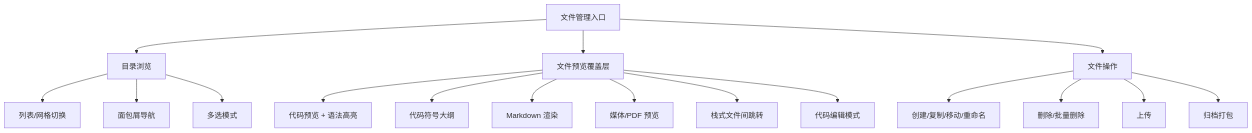
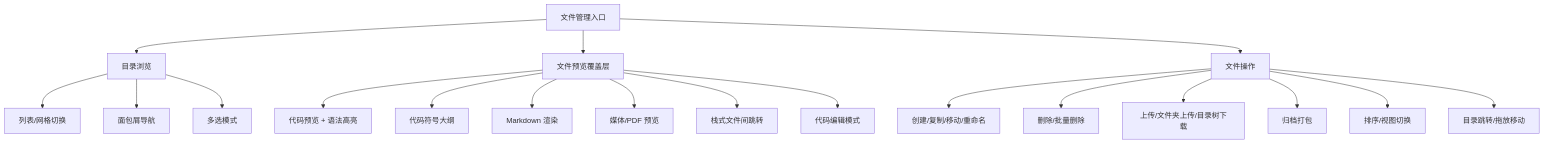
The first of 4 diagrams in docs/spec/features/file-management.md (0REZ/clawbench), drawn with Mermaid before and after one commit. The commit also changed other lines of this file and 128 other files, not shown here.

````diff
--- a/docs/spec/features/file-management.md
+++ b/docs/spec/features/file-management.md
@@ -9,22 +9,24 @@
 ```mermaid
 flowchart TD
     A[文件管理入口] --> B[目录浏览]
     A --> C[文件预览覆盖层]
     A --> D[文件操作]
 
     B --> B1[列表/网格切换]
     B --> B2[面包屑导航]
     B --> B3[多选模式]
 
     C --> C1[代码预览 + 语法高亮]
     C --> C2[代码符号大纲]
     C --> C3[Markdown 渲染]
     C --> C4[媒体/PDF 预览]
     C --> C5[栈式文件间跳转]
     C --> C6[代码编辑模式]
 
     D --> D1[创建/复制/移动/重命名]
     D --> D2[删除/批量删除]
-    D --> D3[上传]
+    D --> D3[上传/文件夹上传/目录树下载]
     D --> D4[归档打包]
+    D --> D5[排序/视图切换]
+    D --> D6[目录跳转/拖放移动]
 ```
````
